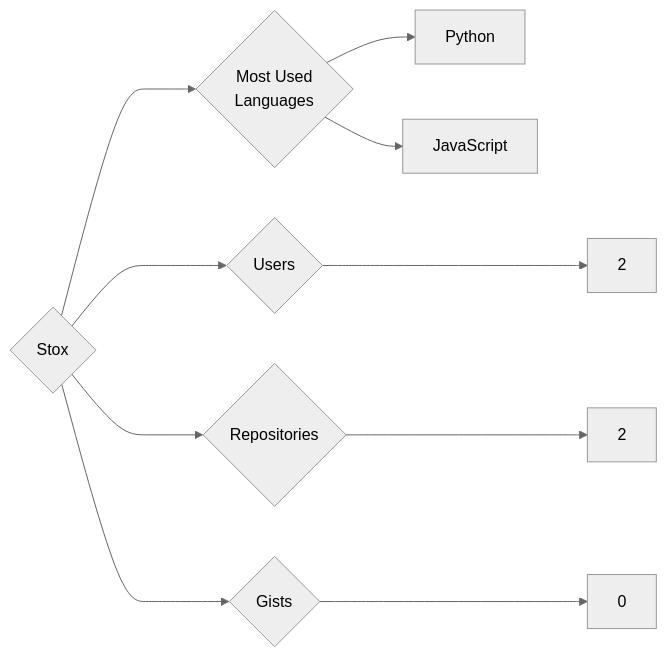
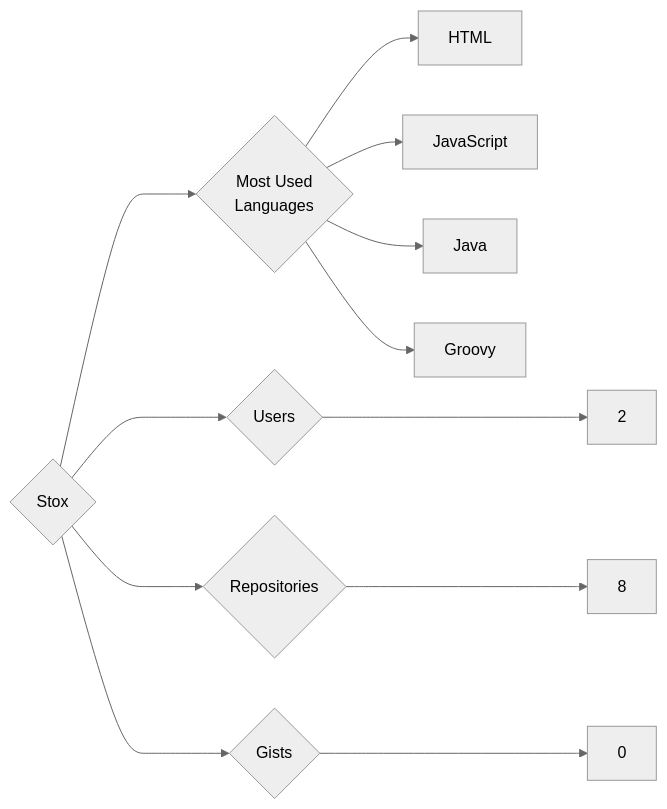
The diagram in targets/Stox/README.md (trickest/insiders), drawn with Mermaid (neutral theme) before and after one commit. The commit also changed 829 other files, not shown here.

````diff
--- a/targets/Stox/README.md
+++ b/targets/Stox/README.md
@@ -3,10 +3,12 @@
 ```mermaid
 graph LR
 COMPANY_NAME{Stox}
 COMPANY_NAME ---> U{Users} ---> UN[2]
-COMPANY_NAME ---> R{Repositories} ---> RN[2]
+COMPANY_NAME ---> R{Repositories} ---> RN[8]
 COMPANY_NAME ---> G{Gists} ---> GN[0]
 COMPANY_NAME ---> ML{Most Used<br>Languages}
-ML --> Python[Python]
+ML --> HTML[HTML]
 ML --> JavaScript[JavaScript]
+ML --> Java[Java]
+ML --> Groovy[Groovy]
 ```
````
